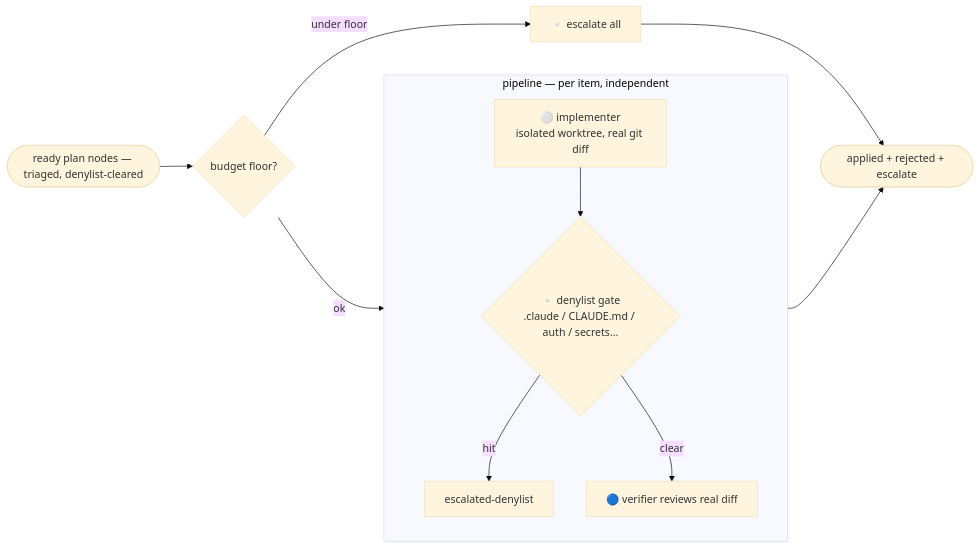
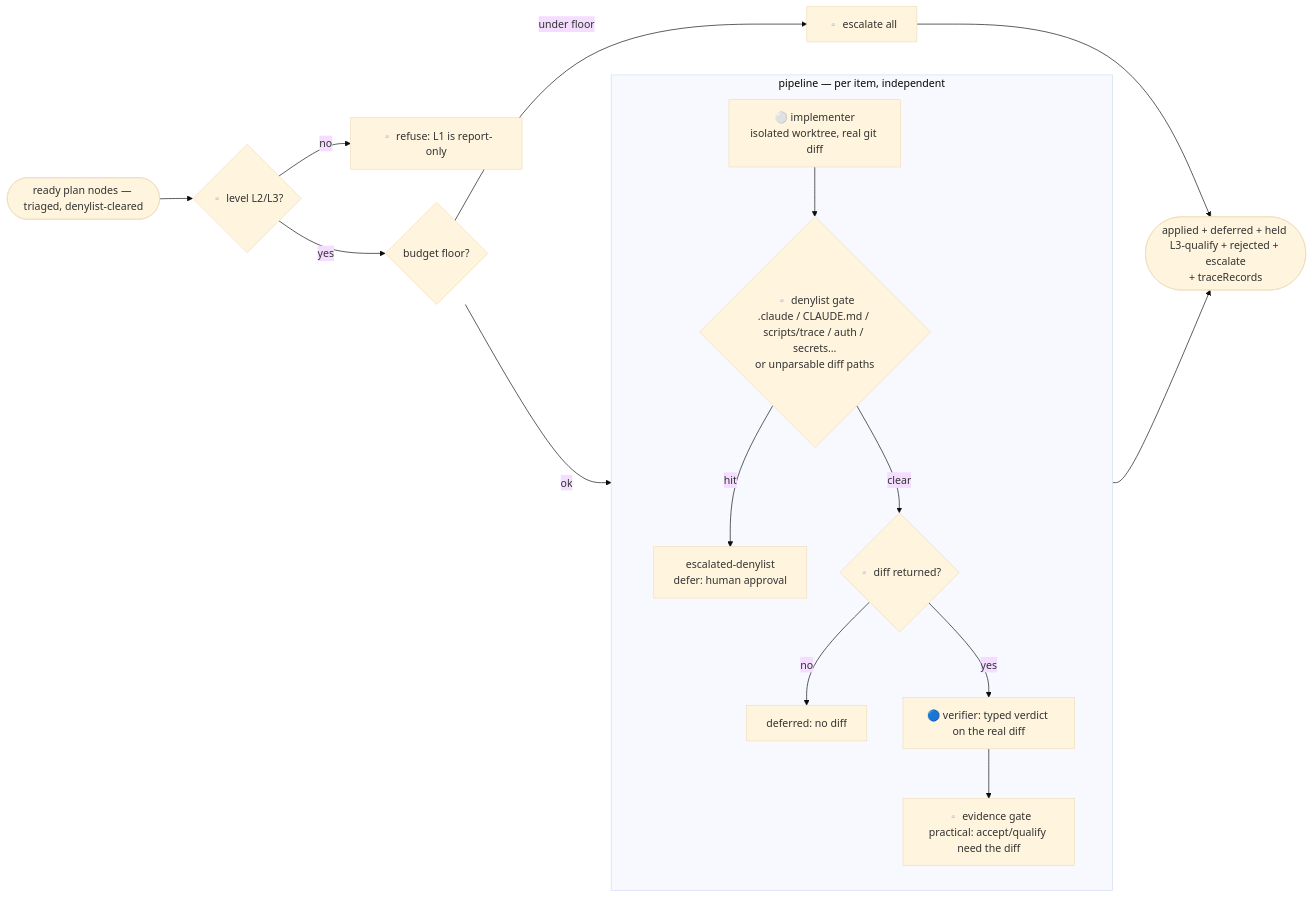
Before and after one commit to dominno/loop-setup: the sixth of 7 diagrams in docs/workflow-graphs.md, drawn with Mermaid (base theme). The commit also changed other lines of this file and 43 other files, not shown here.

First line of the commit message:
Add TRACE-lite: typed verdicts, record store, and consumer contracts (#16)

````diff
--- a/docs/workflow-graphs.md
+++ b/docs/workflow-graphs.md
@@ -122,13 +139,18 @@
 ```mermaid
 flowchart LR
-  items([ready plan nodes — triaged, denylist-cleared]) --> budget{budget floor?}
+  items([ready plan nodes — triaged, denylist-cleared]) --> lvl{▫️ level L2/L3?}
+  lvl -- no --> err[▫️ refuse: L1 is report-only]
+  lvl -- yes --> budget{budget floor?}
   budget -- "under floor" --> esc0[▫️ escalate all]
   budget -- ok --> P
   subgraph P["pipeline — per item, independent"]
-    impl[⚪ implementer<br/>isolated worktree, real git diff] --> dl{▫️ denylist gate<br/>.claude / CLAUDE.md / auth / secrets…}
-    dl -- hit --> escd[escalated-denylist]
-    dl -- clear --> ver[🔵 verifier reviews real diff]
+    impl[⚪ implementer<br/>isolated worktree, real git diff] --> dl{▫️ denylist gate<br/>.claude / CLAUDE.md / scripts/trace / auth / secrets…<br/>or unparsable diff paths}
+    dl -- hit --> escd[escalated-denylist<br/>defer: human approval]
+    dl -- clear --> nd{▫️ diff returned?}
+    nd -- no --> dfr[deferred: no diff]
+    nd -- yes --> ver[🔵 verifier: typed verdict on the real diff]
+    ver --> eg[▫️ evidence gate<br/>practical: accept/qualify need the diff]
   end
-  P --> out([applied + rejected + escalate])
+  P --> out([applied + deferred + held L3-qualify + rejected + escalate<br/>+ traceRecords])
   esc0 --> out
 ```
````
